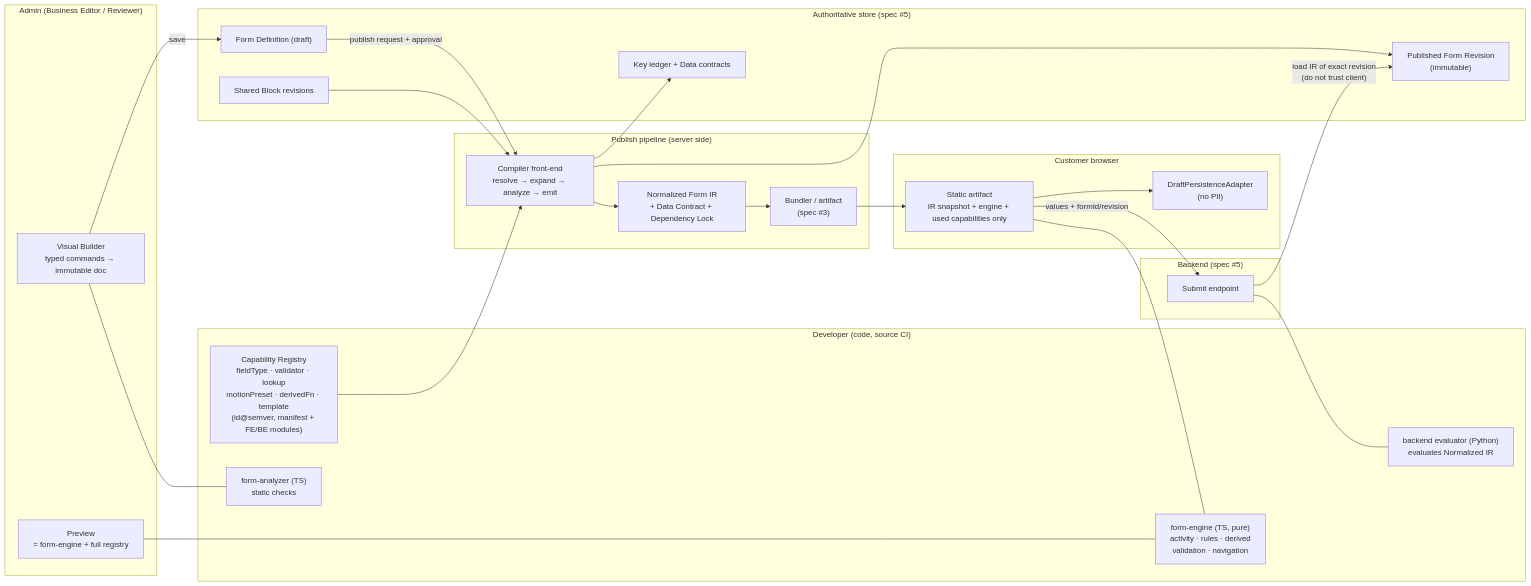
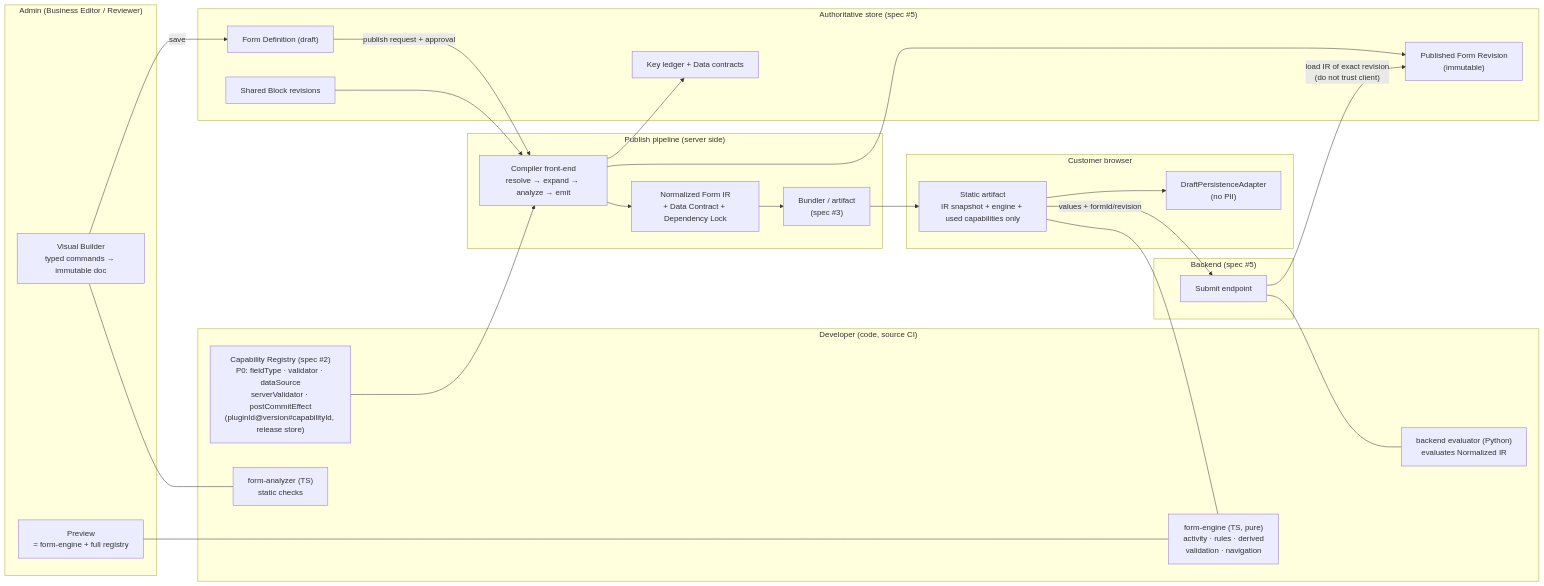
One commit to holong10920/forms_master changed the first of 4 diagrams in docs/superpowers/specs/2026-10-23-form-schema-workflow-design.md. Above: the diagram before and after it, drawn with Mermaid. The commit also changed other lines of this file and 8 other files, not shown here.

````diff
--- a/docs/superpowers/specs/2026-10-23-form-schema-workflow-design.md
+++ b/docs/superpowers/specs/2026-10-23-form-schema-workflow-design.md
@@ -107,51 +108,51 @@
 ```mermaid
 flowchart LR
   subgraph DEV["Developer (code, source CI)"]
-    REG["Capability Registry<br/>fieldType · validator · lookup<br/>motionPreset · derivedFn · template<br/>(id@semver, manifest + FE/BE modules)"]
+    REG["Capability Registry (spec #2)<br/>P0: fieldType · validator · dataSource<br/>serverValidator · postCommitEffect<br/>(pluginId@version#capabilityId, release store)"]
     ENG["form-engine (TS, pure)<br/>activity · rules · derived<br/>validation · navigation"]
     ANA["form-analyzer (TS)<br/>static checks"]
     PYV["backend evaluator (Python)<br/>evaluates Normalized IR"]
   end
 
   subgraph ADMIN["Admin (Business Editor / Reviewer)"]
     BLD["Visual Builder<br/>typed commands → immutable doc"]
     PRV["Preview<br/>= form-engine + full registry"]
   end
 
   subgraph STORE["Authoritative store (spec #5)"]
     DRAFT["Form Definition (draft)"]
     BLK["Shared Block revisions"]
     PUB["Published Form Revision<br/>(immutable)"]
     LED["Key ledger + Data contracts"]
   end
 
   subgraph PIPE["Publish pipeline (server side)"]
     CMP["Compiler front-end<br/>resolve → expand → analyze → emit"]
     IR["Normalized Form IR<br/>+ Data Contract + Dependency Lock"]
     BND["Bundler / artifact<br/>(spec #3)"]
   end
 
   subgraph CUST["Customer browser"]
     ART["Static artifact<br/>IR snapshot + engine + used capabilities only"]
     DPA["DraftPersistenceAdapter<br/>(no PII)"]
   end
 
   subgraph API["Backend (spec #5)"]
     SUB["Submit endpoint"]
   end
 
   BLD -->|save| DRAFT
   BLD --- ANA
   PRV --- ENG
   DRAFT -->|publish request + approval| CMP
   BLK --> CMP
   REG --> CMP
   CMP --> IR --> BND --> ART
   CMP --> PUB
   CMP --> LED
   ART --- ENG
   ART --> DPA
   ART -->|"values + formId/revision"| SUB
   SUB -->|"load IR of exact revision<br/>(do not trust client)"| PUB
   SUB --- PYV
 ```
````
